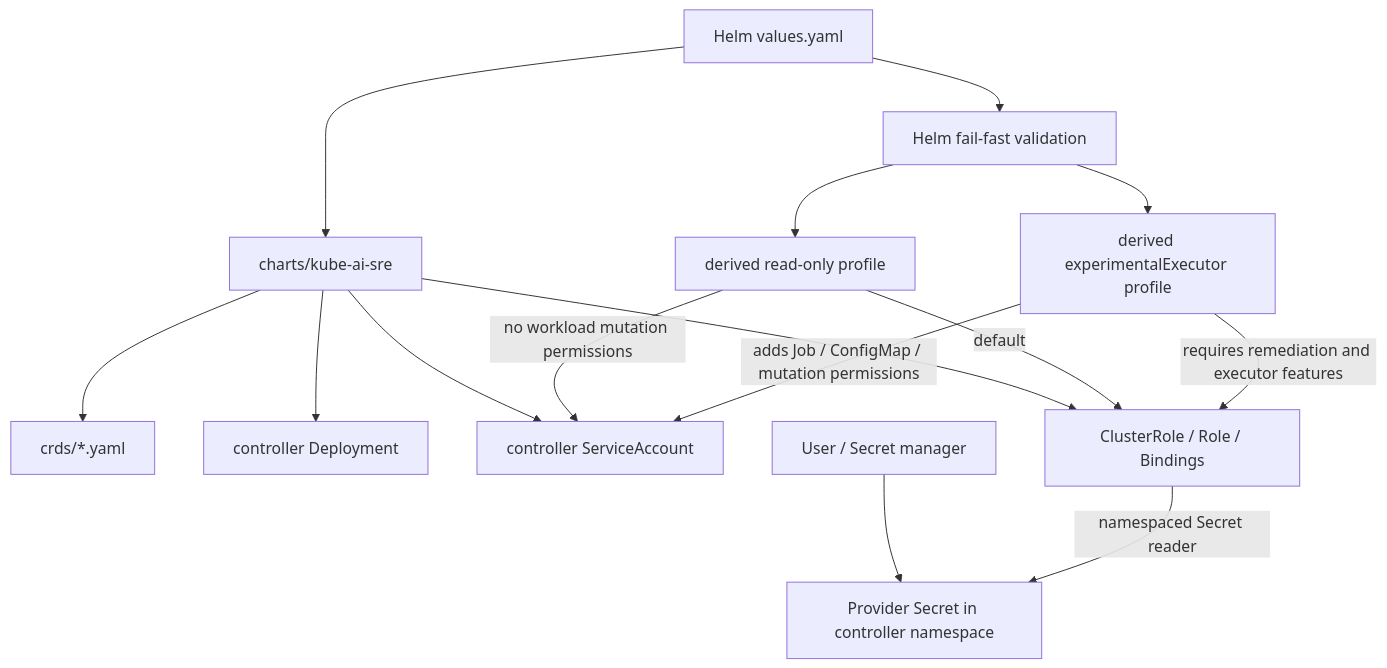
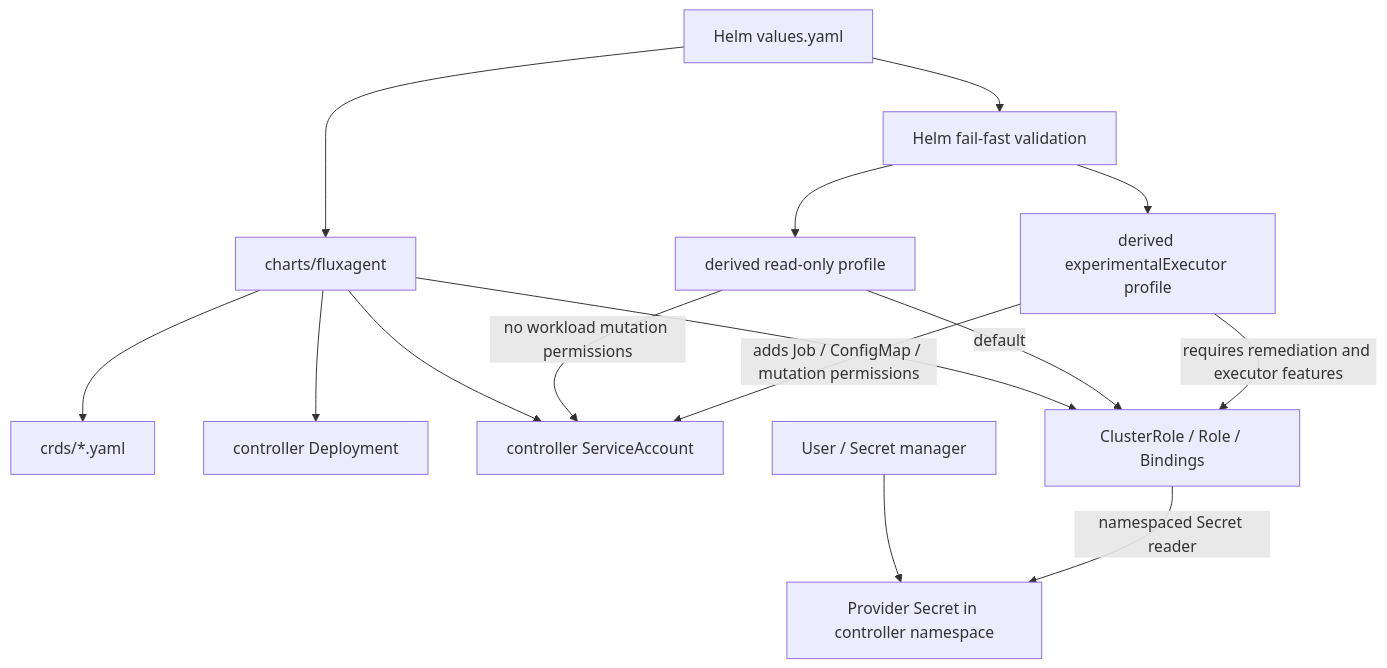
Before and after one commit to FluxSeer/fluxseer-rca: diagram 16 of 18 in docs/architecture/mermaid-diagrams.md, drawn with Mermaid. The commit also changed other lines of this file and 32 other files, not shown here.

First line of the commit message:
chore: rename charts/kube-ai-sre to charts/fluxagent

````diff
--- a/docs/architecture/mermaid-diagrams.md
+++ b/docs/architecture/mermaid-diagrams.md
@@ -830,30 +830,30 @@
 ```mermaid
 flowchart TB
     Values[Helm values.yaml]
-    Chart[charts/kube-ai-sre]
+    Chart[charts/fluxagent]
     CRDs[crds/*.yaml]
     Deploy[controller Deployment]
     SA[controller ServiceAccount]
     RBAC[ClusterRole / Role / Bindings]
     Secrets[Provider Secret in controller namespace]
     SecretOwner[User / Secret manager]
     ReadOnly[derived read-only profile]
     Remediate[derived experimentalExecutor profile]
     Validation[Helm fail-fast validation]
 
     Values --> Chart
     Chart --> CRDs
     Chart --> Deploy
     Chart --> SA
     Chart --> RBAC
     SecretOwner --> Secrets
     RBAC -->|namespaced Secret reader| Secrets
 
     Values --> Validation
     Validation --> ReadOnly
     Validation --> Remediate
     ReadOnly -->|default| RBAC
     ReadOnly -->|no workload mutation permissions| SA
     Remediate -->|requires remediation and executor features| RBAC
     Remediate -->|adds Job / ConfigMap / mutation permissions| SA
 ```
````
